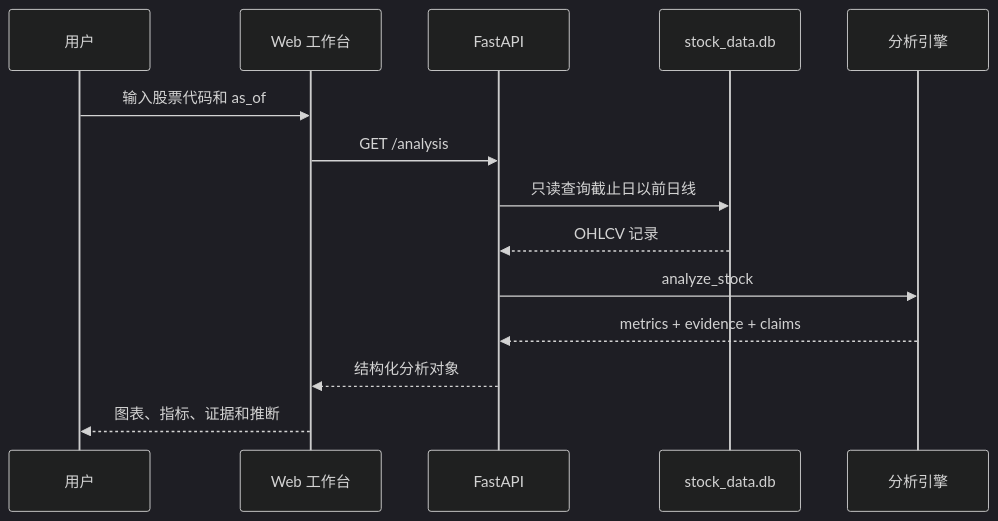
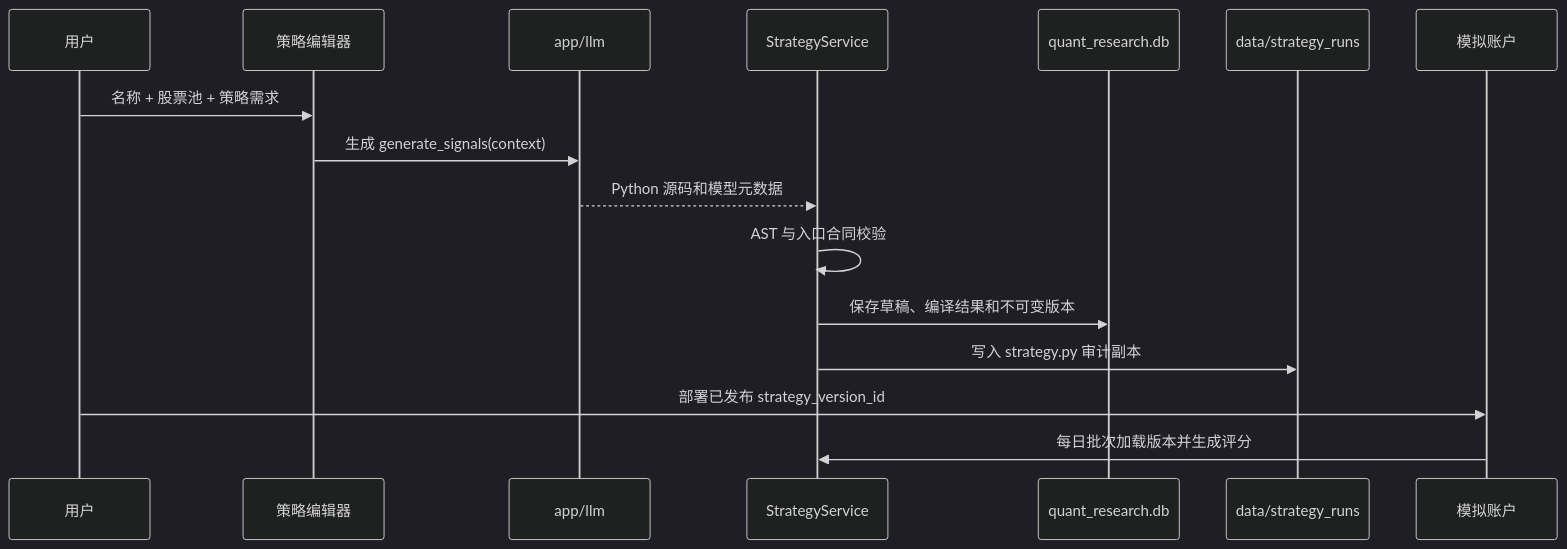
One commit to Mingsirbob/AI-Researcher changed the second of 2 diagrams in docs/ARCHITECTURE.md. Above: the diagram before and after it, drawn with Mermaid (dark theme). The commit also changed other lines of this file and 107 other files, not shown here.

````diff
--- a/docs/ARCHITECTURE.md
+++ b/docs/ARCHITECTURE.md
@@ -477,17 +93,19 @@
 ```mermaid
 sequenceDiagram
     participant U as 用户
-    participant UI as Web 工作台
-    participant API as FastAPI
-    participant DB as stock_data.db
-    participant CALC as 分析引擎
+    participant UI as 策略编辑器
+    participant LLM as app/llm
+    participant S as StrategyService
+    participant Q as quant_research.db
+    participant F as data/strategy_runs
+    participant P as 模拟账户
 
-    U->>UI: 输入股票代码和 as_of
-    UI->>API: GET /analysis
-    API->>DB: 只读查询截止日以前日线
-    DB-->>API: OHLCV 记录
-    API->>CALC: analyze_stock
-    CALC-->>API: metrics + evidence + claims
-    API-->>UI: 结构化分析对象
-    UI-->>U: 图表、指标、证据和推断
+    U->>UI: 名称 + 股票池 + 策略需求
+    UI->>LLM: 生成 generate_signals(context)
+    LLM-->>S: Python 源码和模型元数据
+    S->>S: AST 与入口合同校验
+    S->>Q: 保存草稿、编译结果和不可变版本
+    S->>F: 写入 strategy.py 审计副本
+    U->>P: 部署已发布 strategy_version_id
+    P->>S: 每日批次加载版本并生成评分
 ```
````
